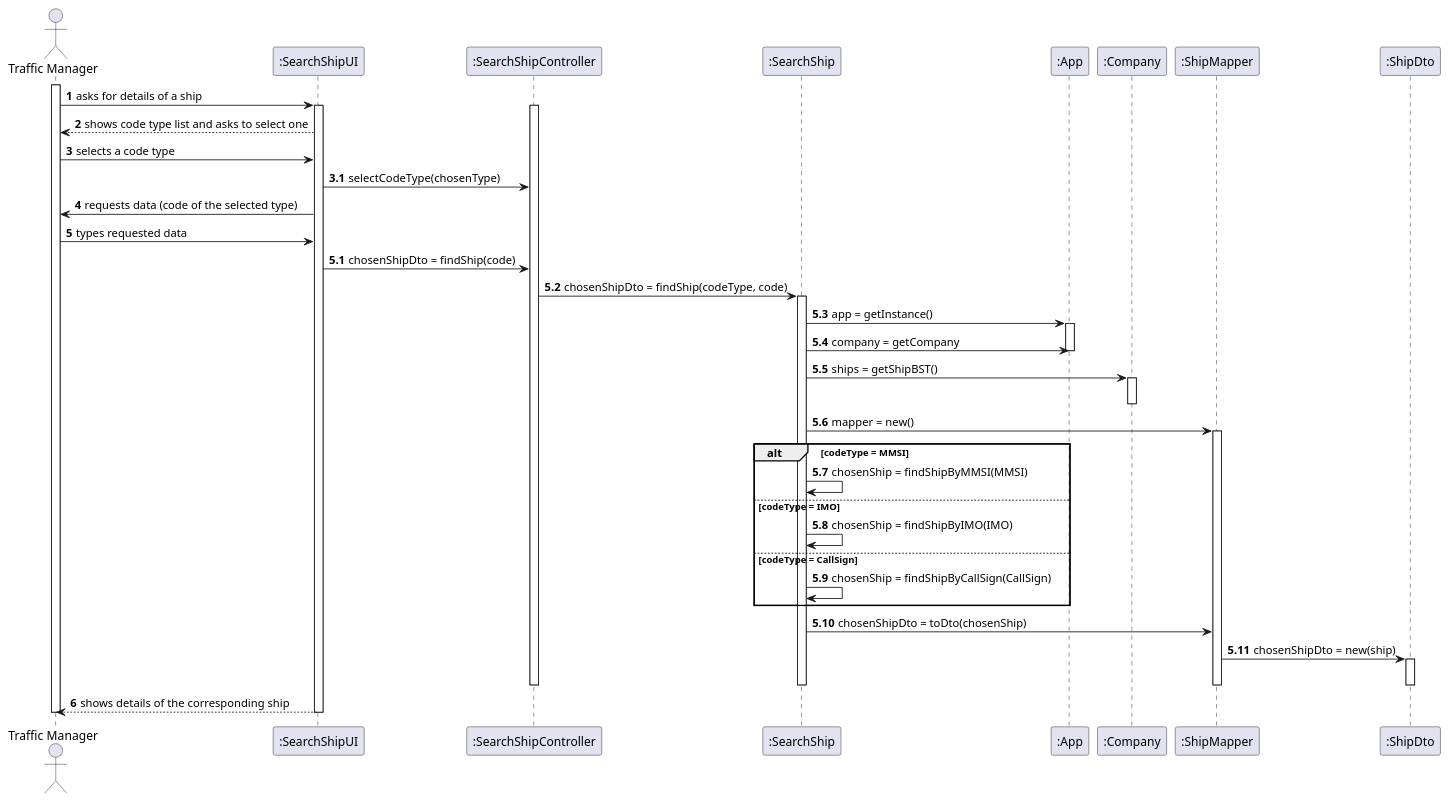
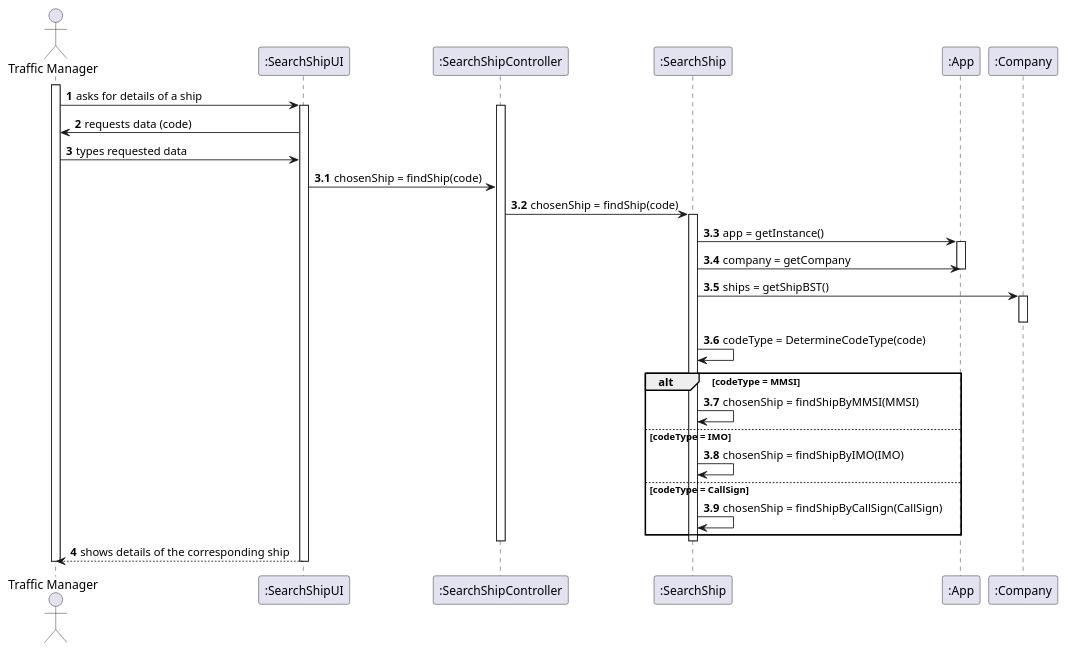
The diagram in docs/Sprint 1/US/US102/US102_SD.puml (1190772/LAB-Project-3), drawn with PlantUML before and after one commit. The commit also changed 6 other files, not shown here.

```diff
--- a/docs/Sprint 1/US/US102/US102_SD.puml
+++ b/docs/Sprint 1/US/US102/US102_SD.puml
@@ -1,67 +1,54 @@
 @startuml
 autonumber
 
 'hide footbox
 actor "Traffic Manager" as TM
 
 participant ":SearchShipUI" as UI
 participant ":SearchShipController" as CTRL
 participant ":SearchShip" as SS
 participant ":App" as APP
 participant ":Company" as COMP
-participant ":ShipMapper" as Mapper
-participant ":ShipDto" as ShipDto
 
 activate TM
 TM -> UI : asks for details of a ship
 activate UI
 activate CTRL
-UI --> TM : shows code type list and asks to select one
 
-TM -> UI : selects a code type
-autonumber 3.1
-UI -> CTRL : selectCodeType(chosenType)
-autonumber 4
-
-UI -> TM : requests data (code of the selected type)
+UI -> TM : requests data (code)
 TM -> UI : types requested data
 
-autonumber 5.1
-UI -> CTRL : chosenShipDto = findShip(code)
+autonumber 3.1
+UI -> CTRL : chosenShip = findShip(code)
 
-CTRL -> SS : chosenShipDto = findShip(codeType, code)
+CTRL -> SS : chosenShip = findShip(code)
 activate SS
 
 SS -> APP : app = getInstance()
 activate APP
 SS -> APP : company = getCompany
 deactivate APP
 SS -> COMP : ships = getShipBST()
 activate COMP
 deactivate COMP
-SS -> Mapper : mapper = new()
-activate Mapper
+
+SS -> SS : codeType = DetermineCodeType(code)
 
 alt codeType = MMSI
   SS -> SS : chosenShip = findShipByMMSI(MMSI)
 else codeType = IMO
   SS -> SS : chosenShip = findShipByIMO(IMO)
 else codeType = CallSign
   SS -> SS : chosenShip = findShipByCallSign(CallSign)
 end
 
-SS -> Mapper : chosenShipDto = toDto(chosenShip)
-Mapper -> ShipDto : chosenShipDto = new(ship)
-activate ShipDto
-deactivate ShipDto
-deactivate Mapper
 deactivate SS
 deactivate CTRL
 
-autonumber 6
+autonumber 4
 UI --> TM : shows details of the corresponding ship
 deactivate UI
 
 deactivate TM
 
 @enduml
```
